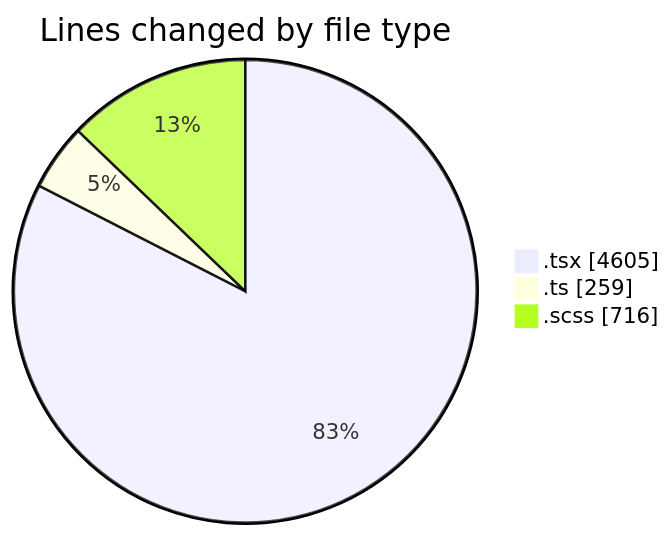
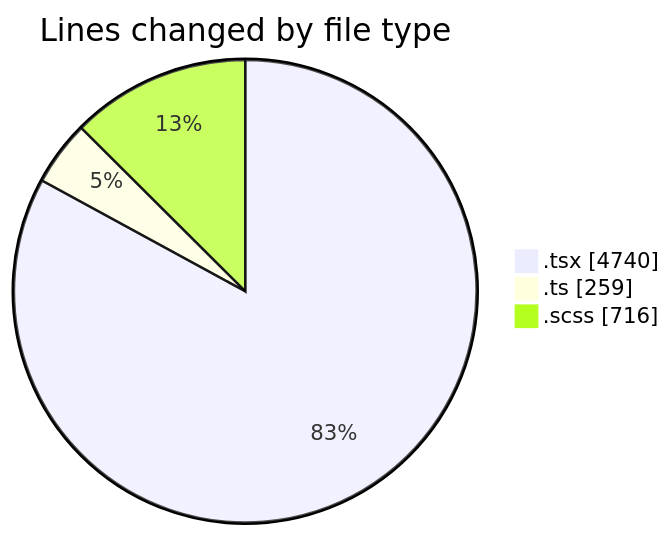
The first of 2 diagrams in 2025-09-15/cda/README.md (momahboobian/code-tracking), drawn with Mermaid before and after one commit. The commit also changed other lines of this file and 1 other file, not shown here.

````diff
--- a/2025-09-15/cda/README.md
+++ b/2025-09-15/cda/README.md
@@ -26,7 +27,7 @@
 ```mermaid
 pie showData
 title Lines changed by file type
-".tsx" : 4605
+".tsx" : 4740
 ".ts" : 259
 ".scss" : 716
 ```
````
